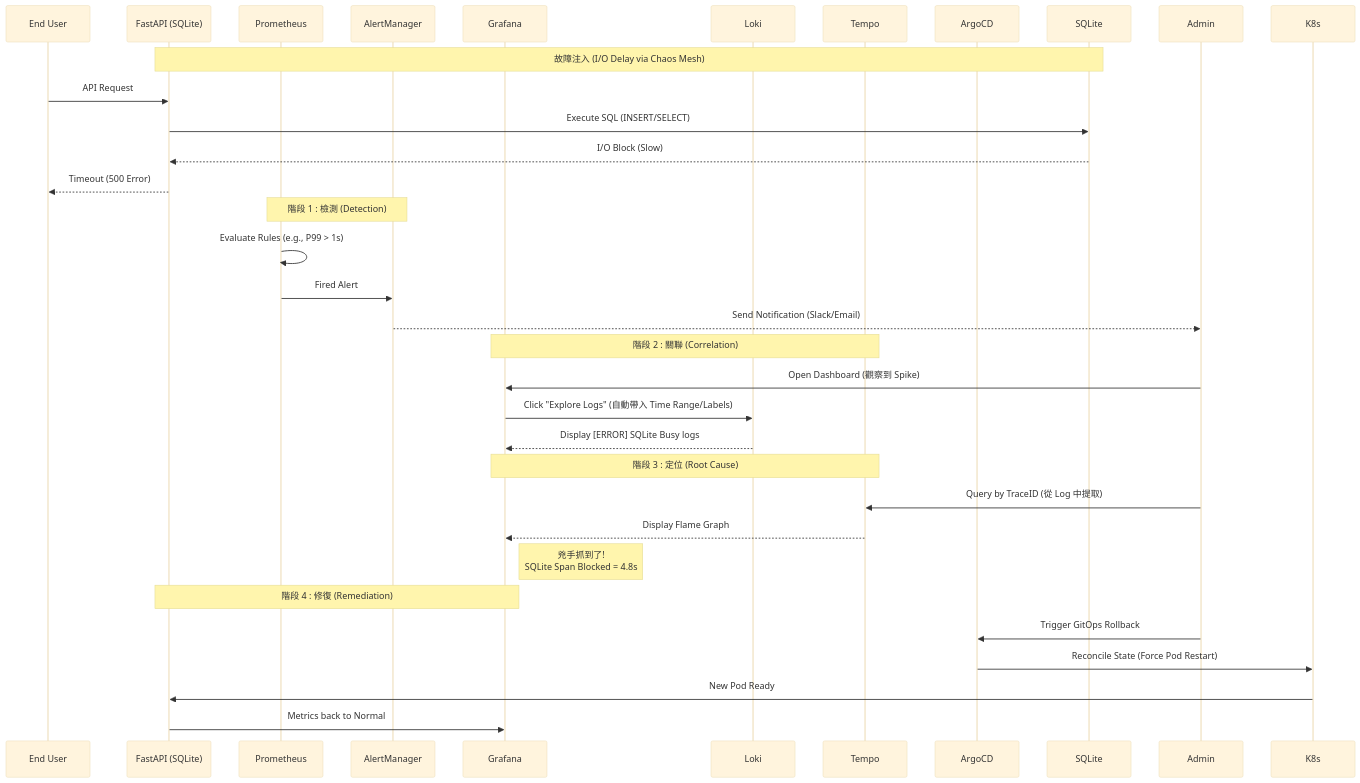
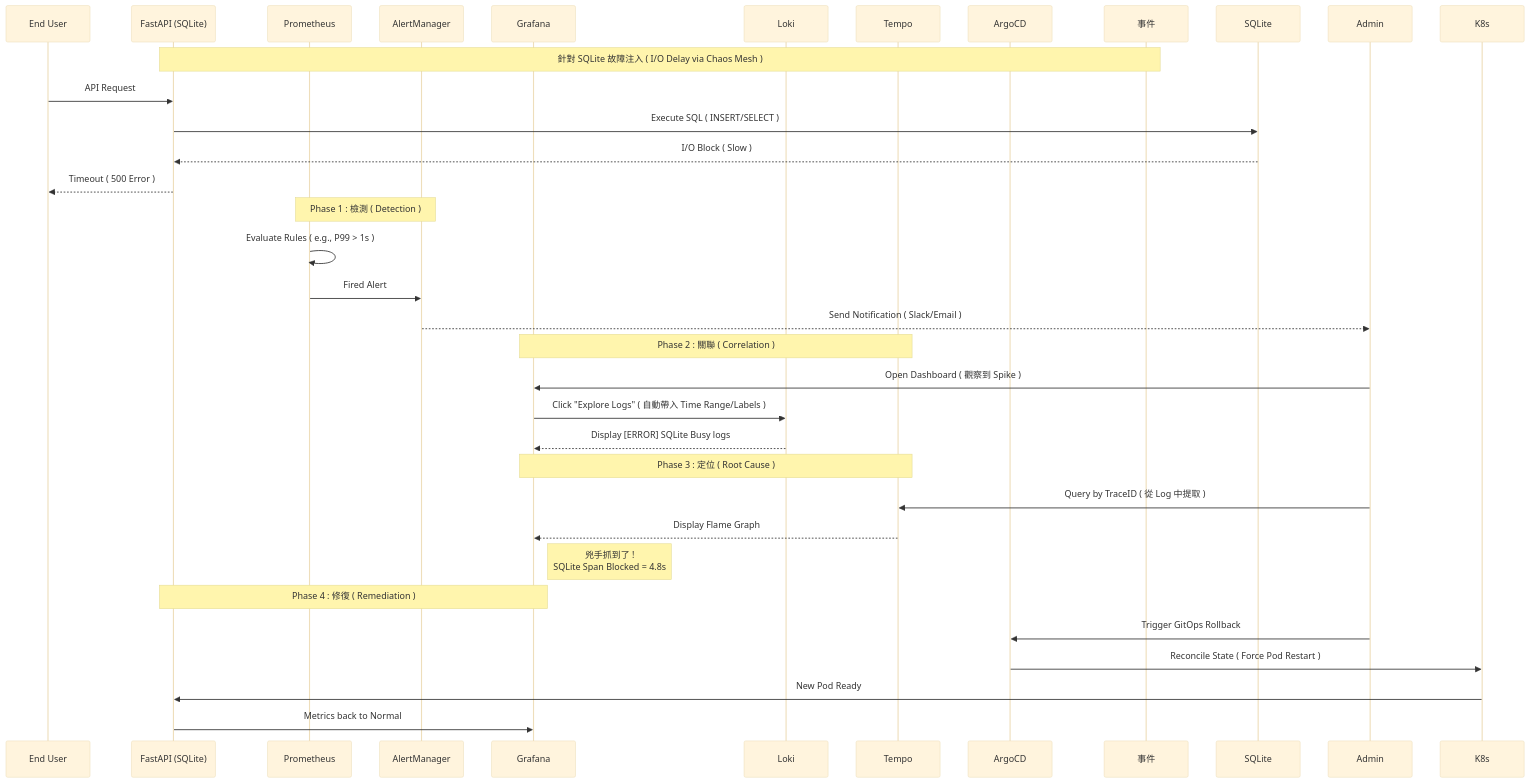
Before and after one commit to Junwu0615/Platform-Genesis: the diagram in docs/Observability-Platform-Validation.md, drawn with Mermaid (base theme). The commit also changed other lines of this file, not shown here.

````diff
--- a/docs/Observability-Platform-Validation.md
+++ b/docs/Observability-Platform-Validation.md
@@ -270,38 +231,38 @@
 ```mermaid
 sequenceDiagram
     participant User as End User
     participant App as FastAPI (SQLite)
     participant P as Prometheus
     participant A as AlertManager
     participant G as Grafana
     participant L as Loki
     participant T as Tempo
     participant Argo as ArgoCD
 
-    Note over App, SQLite: 故障注入 (I/O Delay via Chaos Mesh)
+    Note over App, 事件: 針對 SQLite 故障注入 ( I/O Delay via Chaos Mesh )
     User->>App: API Request
-    App->>SQLite: Execute SQL (INSERT/SELECT)
-    SQLite-->>App: I/O Block (Slow)
-    App-->>User: Timeout (500 Error)
+    App->>SQLite: Execute SQL ( INSERT/SELECT )
+    SQLite-->>App: I/O Block ( Slow )
+    App-->>User: Timeout ( 500 Error )
 
-    Note over P, A: 階段 1 : 檢測 (Detection)
-    P->>P: Evaluate Rules (e.g., P99 > 1s)
+    Note over P, A: Phase 1 : 檢測 ( Detection )
+    P->>P: Evaluate Rules ( e.g., P99 > 1s )
     P->>A: Fired Alert
-    A-->>Admin: Send Notification (Slack/Email)
+    A-->>Admin: Send Notification ( Slack/Email )
 
-    Note over G, T: 階段 2 : 關聯 (Correlation)
-    Admin->>G: Open Dashboard (觀察到 Spike)
-    G->>L: Click "Explore Logs" (自動帶入 Time Range/Labels)
+    Note over G, T: Phase 2 : 關聯 ( Correlation )
+    Admin->>G: Open Dashboard ( 觀察到 Spike )
+    G->>L: Click "Explore Logs" ( 自動帶入 Time Range/Labels )
     L-->>G: Display [ERROR] SQLite Busy logs
 
-    Note over G, T: 階段 3 : 定位 (Root Cause)
-    Admin->>T: Query by TraceID (從 Log 中提取)
+    Note over G, T: Phase 3 : 定位 ( Root Cause )
+    Admin->>T: Query by TraceID ( 從 Log 中提取 )
     T-->>G: Display Flame Graph
-    Note right of G: 兇手抓到了! <br/> SQLite Span Blocked = 4.8s
+    Note right of G: 兇手抓到了 !<br/>SQLite Span Blocked = 4.8s
 
-    Note over App, G: 階段 4 : 修復 (Remediation)
+    Note over App, G: Phase 4 : 修復 ( Remediation )
     Admin->>Argo: Trigger GitOps Rollback
-    Argo->>K8s: Reconcile State (Force Pod Restart)
+    Argo->>K8s: Reconcile State ( Force Pod Restart )
     K8s->>App: New Pod Ready
     App->>G: Metrics back to Normal
 ```
````
